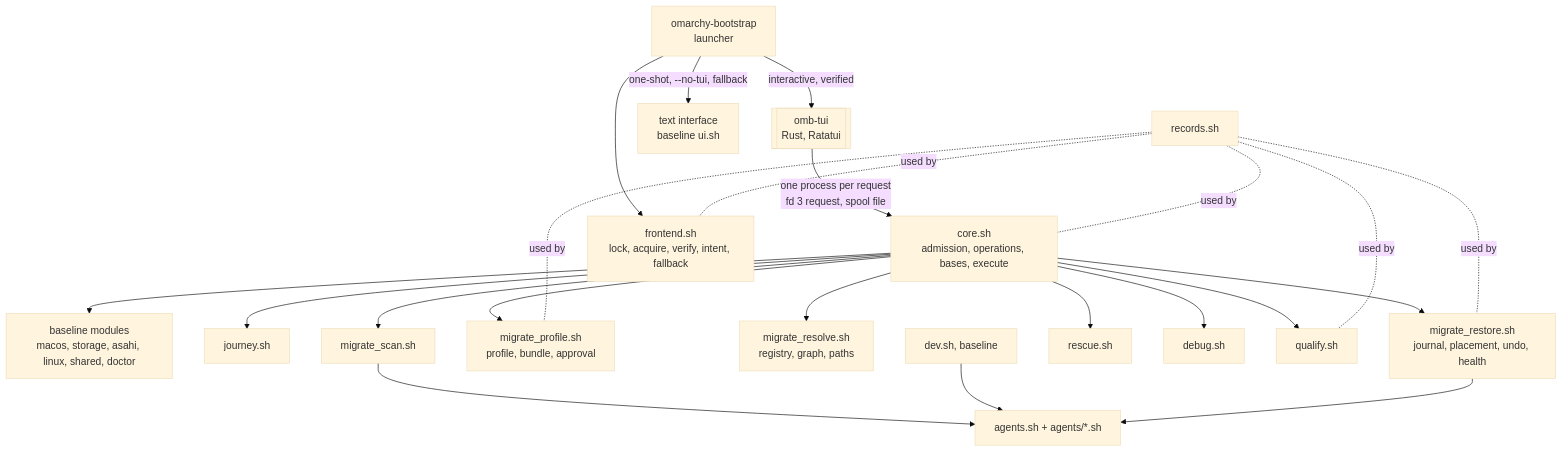
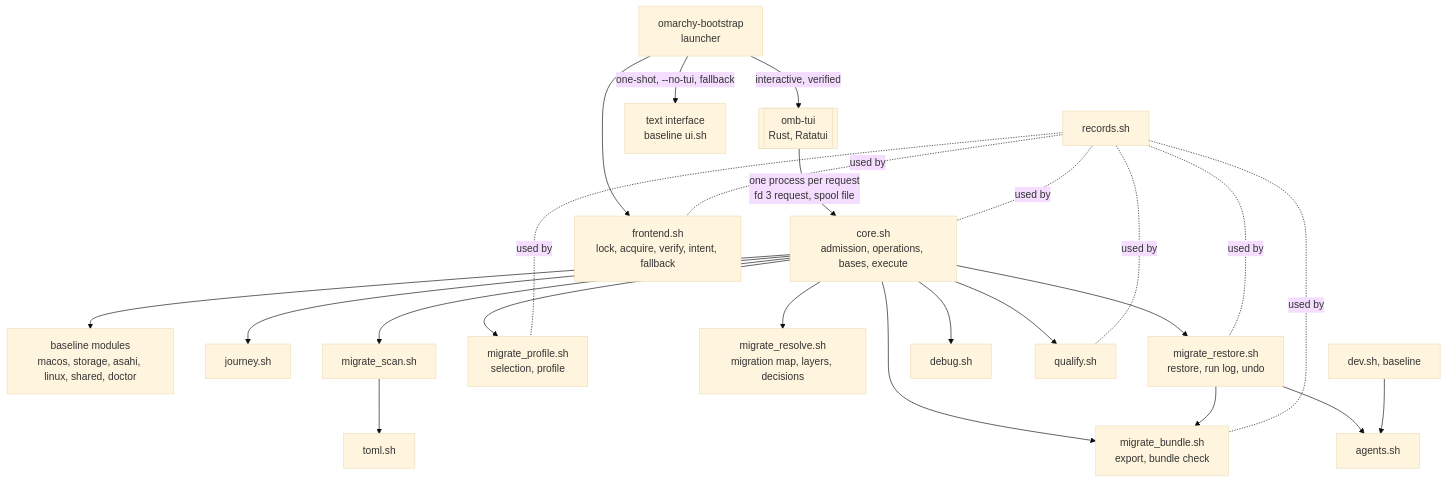
Before and after one commit to scalinity/omarchy-mac-bootstrap: the second of 2 diagrams in docs/ARCHITECTURE.md, drawn with Mermaid (base theme). The commit also changed other lines of this file and 21 other files, not shown here.

````diff
--- a/docs/ARCHITECTURE.md
+++ b/docs/ARCHITECTURE.md
@@ -152,19 +152,20 @@
 ```mermaid
 flowchart TD
     E[omarchy-bootstrap<br/>launcher] -->|interactive, verified| FE[[omb-tui<br/>Rust, Ratatui]]
     E -->|one-shot, --no-tui, fallback| T[text interface<br/>baseline ui.sh]
     FE -->|one process per request<br/>fd 3 request, spool file| CO[core.sh<br/>admission, operations, bases, execute]
     CO --> B[baseline modules<br/>macos, storage, asahi, linux, shared, doctor]
     CO --> J[journey.sh]
-    CO --> MS[migrate_scan.sh] --> AG[agents.sh + agents/*.sh]
-    CO --> MP[migrate_profile.sh<br/>profile, bundle, approval]
-    CO --> MR[migrate_resolve.sh<br/>registry, graph, paths]
-    CO --> RS[migrate_restore.sh<br/>journal, placement, undo, health]
-    CO --> RQ[rescue.sh]
+    CO --> MS[migrate_scan.sh] --> TO[toml.sh]
+    CO --> MP[migrate_profile.sh<br/>selection, profile]
+    CO --> MR[migrate_resolve.sh<br/>migration map, layers, decisions]
+    CO --> MB[migrate_bundle.sh<br/>export, bundle check]
+    CO --> RS[migrate_restore.sh<br/>restore, run log, undo]
     CO --> DB[debug.sh]
     CO --> QU[qualify.sh]
+    RS --> MB
+    RS --> AG[agents.sh]
     DV[dev.sh, baseline] --> AG
-    RS --> AG
     E --> FL[frontend.sh<br/>lock, acquire, verify, intent, fallback]
-    REC[records.sh] -.used by.- CO & MP & RS & QU & FL
+    REC[records.sh] -.used by.- CO & MP & MB & RS & QU & FL
 ```
````
